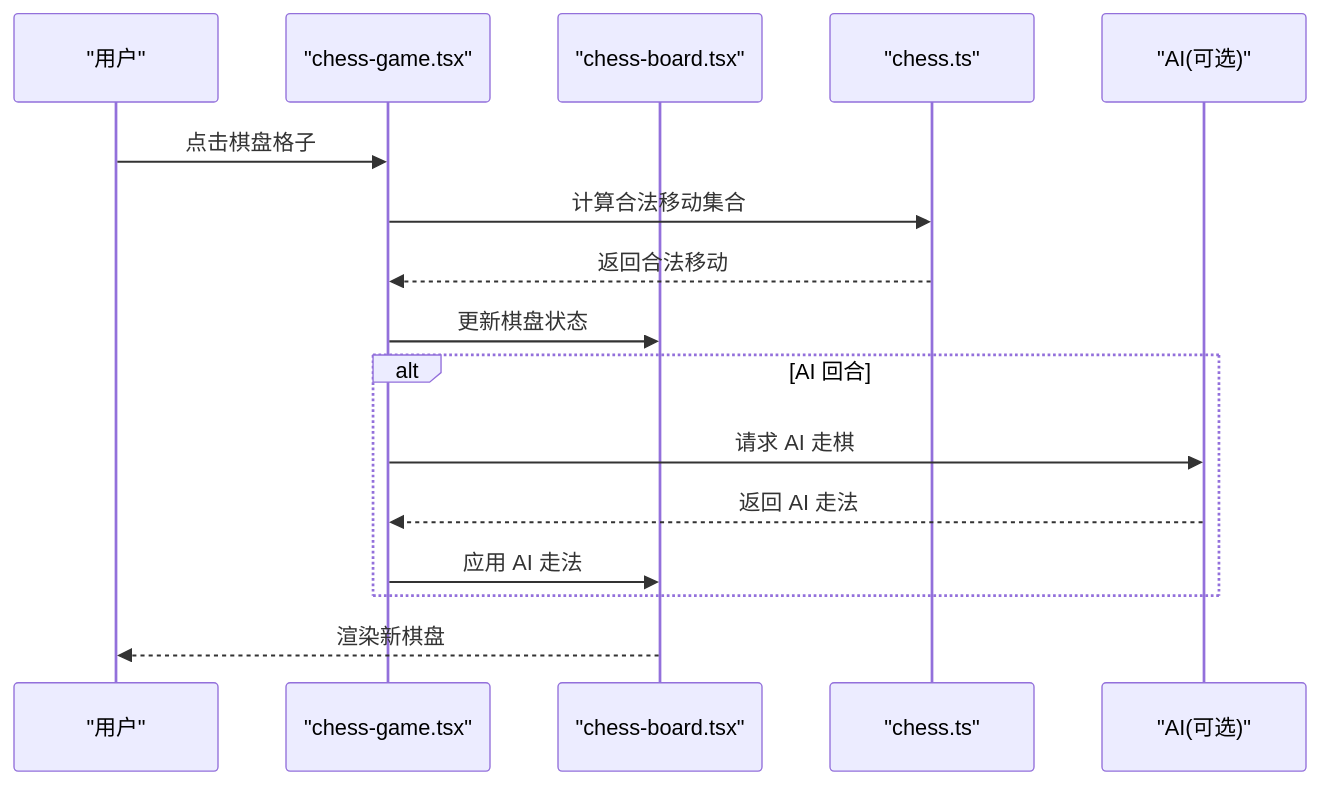
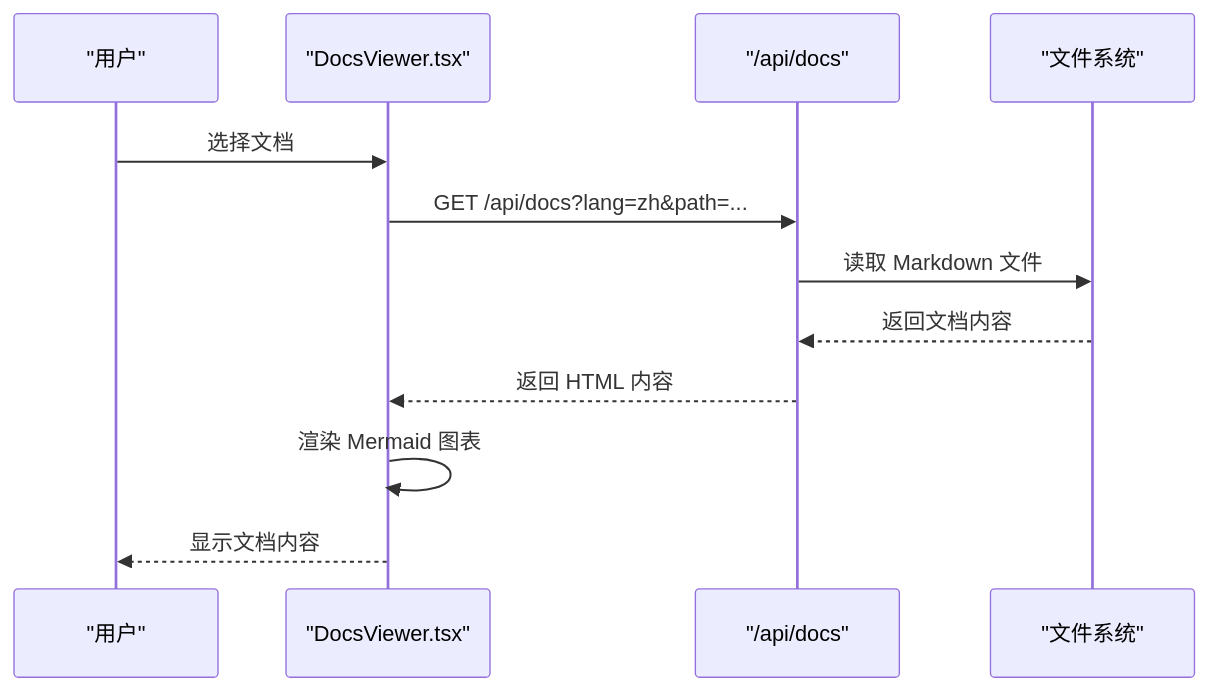
The fourth of 5 diagrams in .qoder/repowiki/zh/content/Playground 界面.md (joezxh/kev), drawn with Mermaid before and after one commit. The commit also changed other lines of this file and 193 other files, not shown here.

````diff
--- a/.qoder/repowiki/zh/content/Playground 界面.md
+++ b/.qoder/repowiki/zh/content/Playground 界面.md
@@ -182,18 +239,14 @@
 ```mermaid
 sequenceDiagram
 participant U as "用户"
-participant CG as "chess-game.tsx"
-participant CB as "chess-board.tsx"
-participant CH as "chess.ts"
-participant AI as "AI(可选)"
-U->>CG : 点击棋盘格子
-CG->>CH : 计算合法移动集合
-CH-->>CG : 返回合法移动
-CG->>CB : 更新棋盘状态
-alt AI 回合
-CG->>AI : 请求 AI 走棋
-AI-->>CG : 返回 AI 走法
-CG->>CB : 应用 AI 走法
-end
-CB-->>U : 渲染新棋盘
+participant DV as "DocsViewer.tsx"
+participant API as "/api/docs"
+participant FS as "文件系统"
+U->>DV : 选择文档
+DV->>API : GET /api/docs?lang=zh&path=...
+API->>FS : 读取 Markdown 文件
+FS-->>API : 返回文档内容
+API-->>DV : 返回 HTML 内容
+DV->>DV : 渲染 Mermaid 图表
+DV-->>U : 显示文档内容
 ```
````
